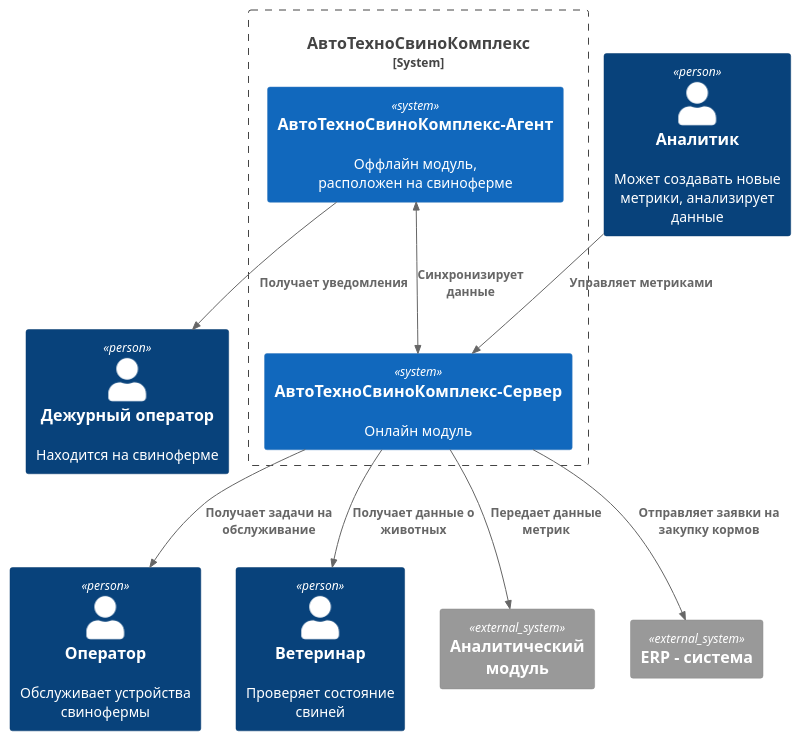
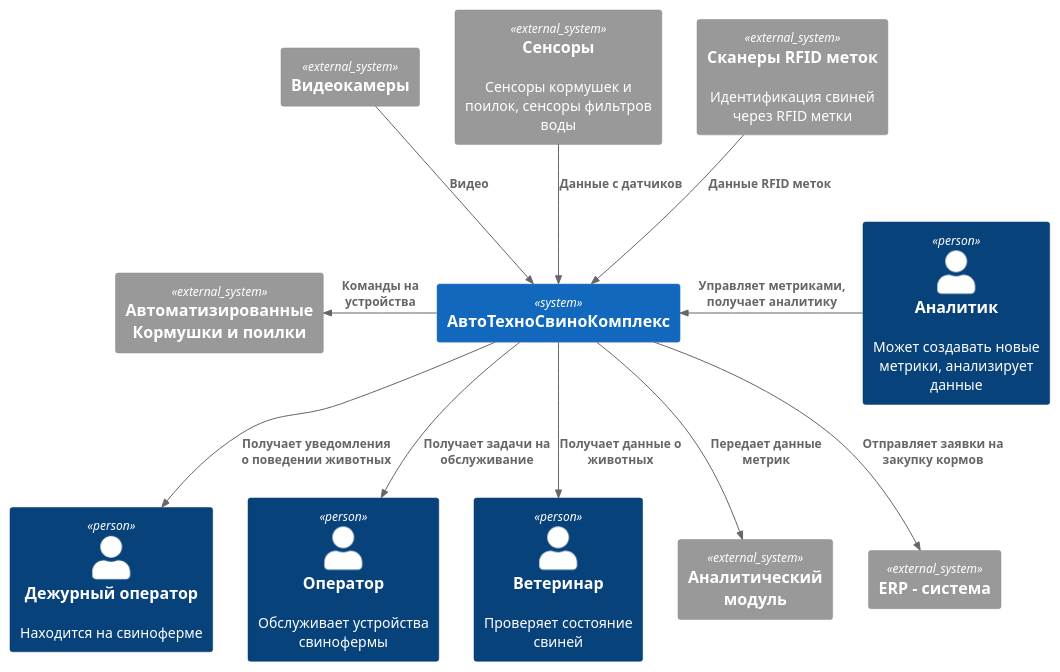
The diagram in Task1/ATCK_C4_Context.puml (mirray/MSA-AgroTech), drawn with PlantUML before and after one commit. The commit also changed 1 other file, not shown here.

```diff
--- a/Task1/ATCK_C4_Context.puml
+++ b/Task1/ATCK_C4_Context.puml
@@ -1,24 +1,28 @@
 @startuml Архитектура_АвтоТехноСвиноКомплекс_v1
 !include <C4/C4_Context>
 
 Person(duty_operator, "Дежурный оператор", "Находится на свиноферме")
 Person(analytic, "Аналитик", "Может создавать новые метрики, анализирует данные")
 Person(operator, "Оператор", "Обслуживает устройства свинофермы")
 Person(vet, "Ветеринар", "Проверяет состояние свиней")
 
-System_Boundary(atck, "АвтоТехноСвиноКомплекс"){
-    System(atck_agent, "АвтоТехноСвиноКомплекс-Агент", "Оффлайн модуль, расположен на свиноферме")
-    System(atck_server, "АвтоТехноСвиноКомплекс-Сервер", "Онлайн модуль")
-    BiRel(atck_agent, atck_server, "Синхронизирует данные")
-}
+System(atck, "АвтоТехноСвиноКомплекс")
 System_Ext(analytic_module, "Аналитический модуль")
 System_Ext(erp, "ERP - система")
 
-Rel(atck_agent, duty_operator, "Получает уведомления")
-Rel(atck_server, operator, "Получает задачи на обслуживание")
-Rel(atck_server, vet, "Получает данные о животных")
-Rel(analytic, atck_server, "Управляет метриками")
-Rel(atck_server, analytic_module, "Передает данные метрик")
-Rel(atck_server, erp, "Отправляет заявки на закупку кормов")
+System_Ext(cameras, "Видеокамеры")
+System_Ext(iot_sensors, "Сенсоры", "Сенсоры кормушек и поилок, сенсоры фильтров воды")
+System_Ext(iot_devices, "Автоматизированные Кормушки и поилки")
+System_Ext(rfid_scanners, "Сканеры RFID меток", "Идентификация свиней через RFID метки")
+Rel_D(cameras, atck, "Видео")
+Rel_D(iot_sensors, atck, "Данные с датчиков")
+Rel_D(rfid_scanners, atck, "Данные RFID меток")
+Rel_L(atck, iot_devices, "Команды на устройства")
+Rel_D(atck, duty_operator, "Получает уведомления о поведении животных")
+Rel_D(atck, operator, "Получает задачи на обслуживание")
+Rel_D(atck, vet, "Получает данные о животных")
+Rel_L(analytic, atck, "Управляет метриками, получает аналитику")
+Rel(atck, analytic_module, "Передает данные метрик")
+Rel(atck, erp, "Отправляет заявки на закупку кормов")
 
 @enduml
```
